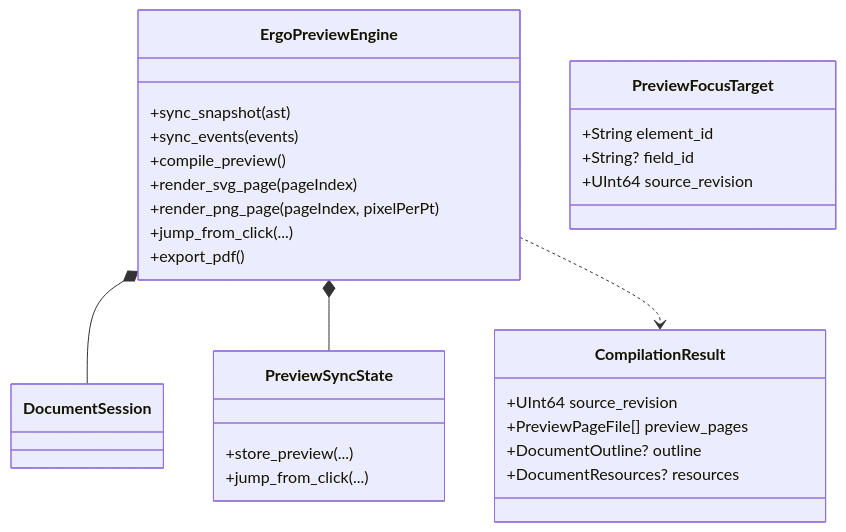
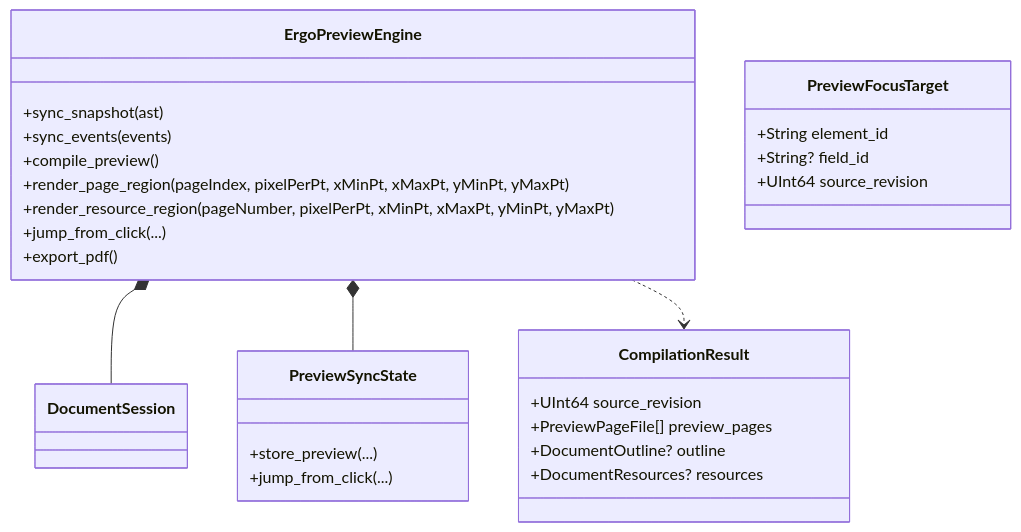
Before and after one commit to andmoreduro/ergo: the sixth of 6 diagrams in context/class-diagrams.md, drawn with Mermaid. The commit also changed 58 other files, not shown here.

````diff
--- a/context/class-diagrams.md
+++ b/context/class-diagrams.md
@@ -205,30 +205,30 @@
 ```mermaid
 classDiagram
     class ErgoPreviewEngine {
         +sync_snapshot(ast)
         +sync_events(events)
         +compile_preview()
-        +render_svg_page(pageIndex)
-        +render_png_page(pageIndex, pixelPerPt)
+        +render_page_region(pageIndex, pixelPerPt, xMinPt, xMaxPt, yMinPt, yMaxPt)
+        +render_resource_region(pageNumber, pixelPerPt, xMinPt, xMaxPt, yMinPt, yMaxPt)
         +jump_from_click(...)
         +export_pdf()
     }
     class PreviewSyncState {
         +store_preview(...)
         +jump_from_click(...)
     }
     class CompilationResult {
         +UInt64 source_revision
         +PreviewPageFile[] preview_pages
         +DocumentOutline? outline
         +DocumentResources? resources
     }
     class PreviewFocusTarget {
         +String element_id
         +String? field_id
         +UInt64 source_revision
     }
     ErgoPreviewEngine *-- DocumentSession
     ErgoPreviewEngine *-- PreviewSyncState
     ErgoPreviewEngine ..> CompilationResult
 ```
````
